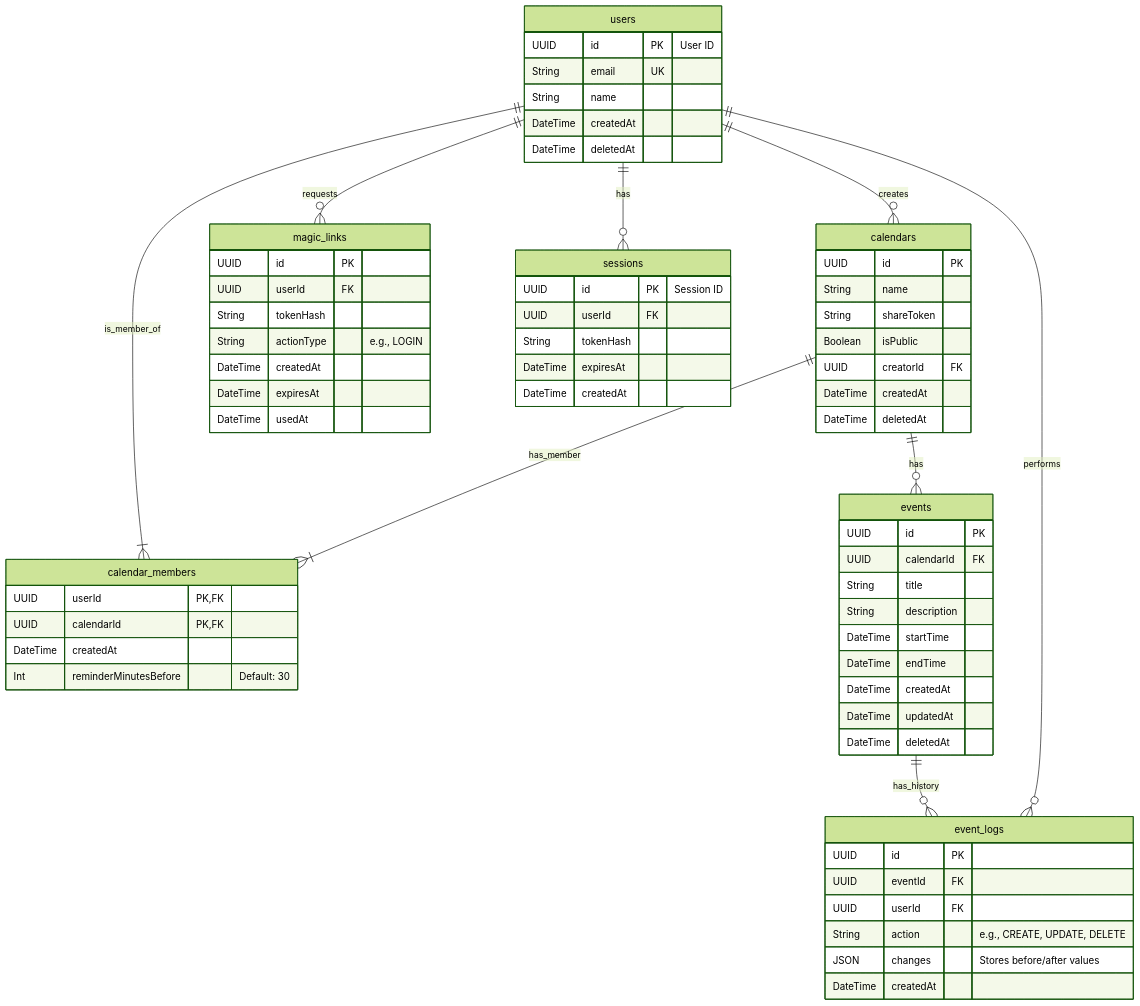
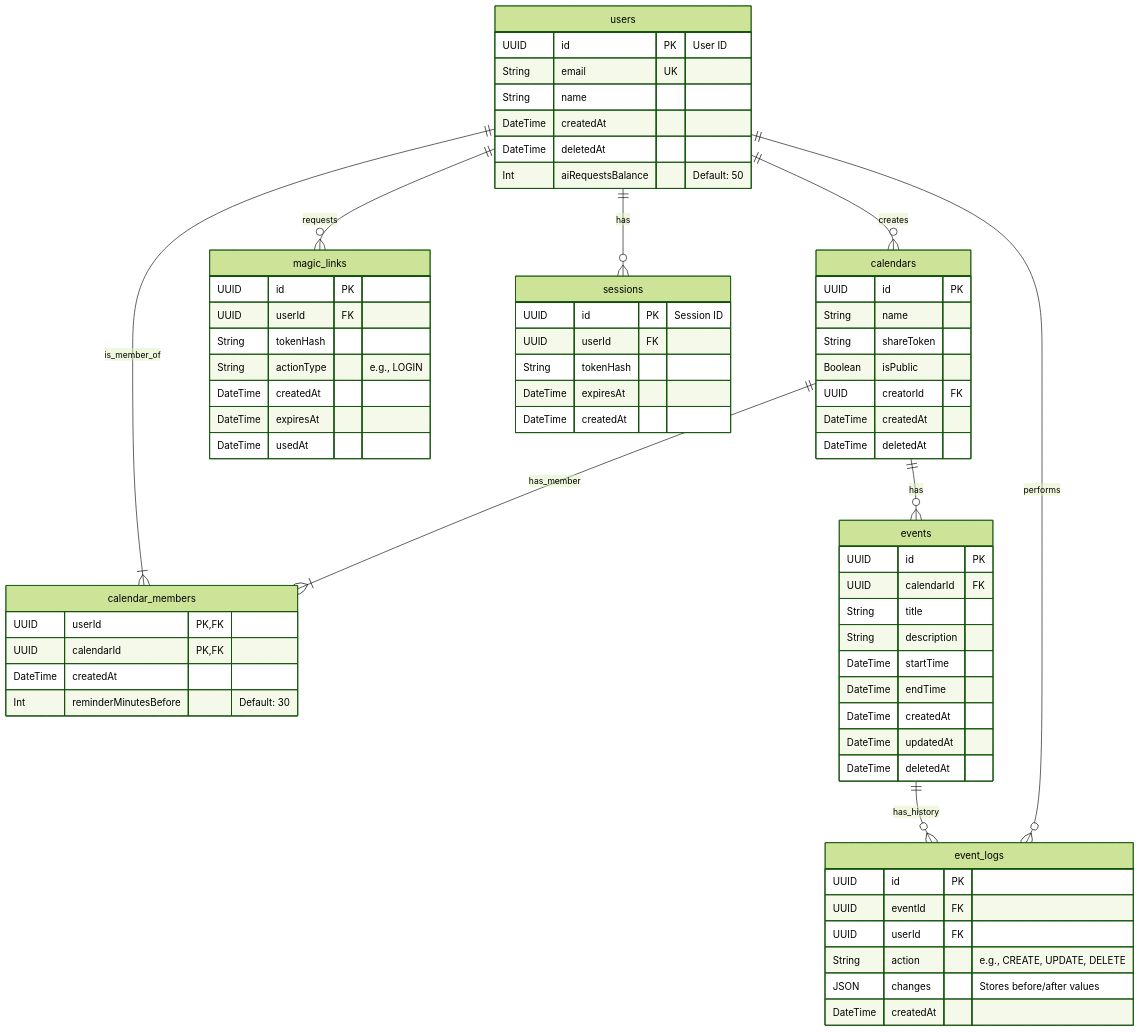
One commit to jicda18/UnioLoci changed the diagram in docs/database-schema.md. Above: the diagram before and after it, drawn with Mermaid (forest theme). The commit also changed other lines of this file and 4 other files, not shown here.

````diff
--- a/docs/database-schema.md
+++ b/docs/database-schema.md
@@ -22,75 +22,76 @@
 ```mermaid
 erDiagram
     users {
         UUID id PK "User ID"
         String email UK
         String name
         DateTime createdAt
         DateTime deletedAt
+        Int aiRequestsBalance "Default: 50"
     }
 
     calendars {
         UUID id PK
         String name
         String shareToken
         Boolean isPublic
         UUID creatorId FK
         DateTime createdAt
         DateTime deletedAt
     }
 
     calendar_members {
         UUID userId PK, FK
         UUID calendarId PK, FK
         DateTime createdAt
         Int reminderMinutesBefore "Default: 30"
     }
 
     events {
         UUID id PK
         UUID calendarId FK
         String title
         String description
         DateTime startTime
         DateTime endTime
         DateTime createdAt
         DateTime updatedAt
         DateTime deletedAt
     }
 
     event_logs {
         UUID id PK
         UUID eventId FK
         UUID userId FK
         String action "e.g., CREATE, UPDATE, DELETE"
         JSON changes "Stores before/after values"
         DateTime createdAt
     }
 
     magic_links {
         UUID id PK
         UUID userId FK
         String tokenHash
         String actionType "e.g., LOGIN"
         DateTime createdAt
         DateTime expiresAt
         DateTime usedAt
     }
 
     sessions {
         UUID id PK "Session ID"
         UUID userId FK
         String tokenHash
         DateTime expiresAt
         DateTime createdAt
     }
 
     users ||--o{ calendars : "creates"
     users ||--|{ calendar_members : "is_member_of"
     users ||--o{ sessions : "has"
     calendars ||--|{ calendar_members : "has_member"
     calendars ||--o{ events : "has"
     events ||--o{ event_logs : "has_history"
     users ||--o{ event_logs : "performs"
     users ||--o{ magic_links : "requests"
 ```
````
